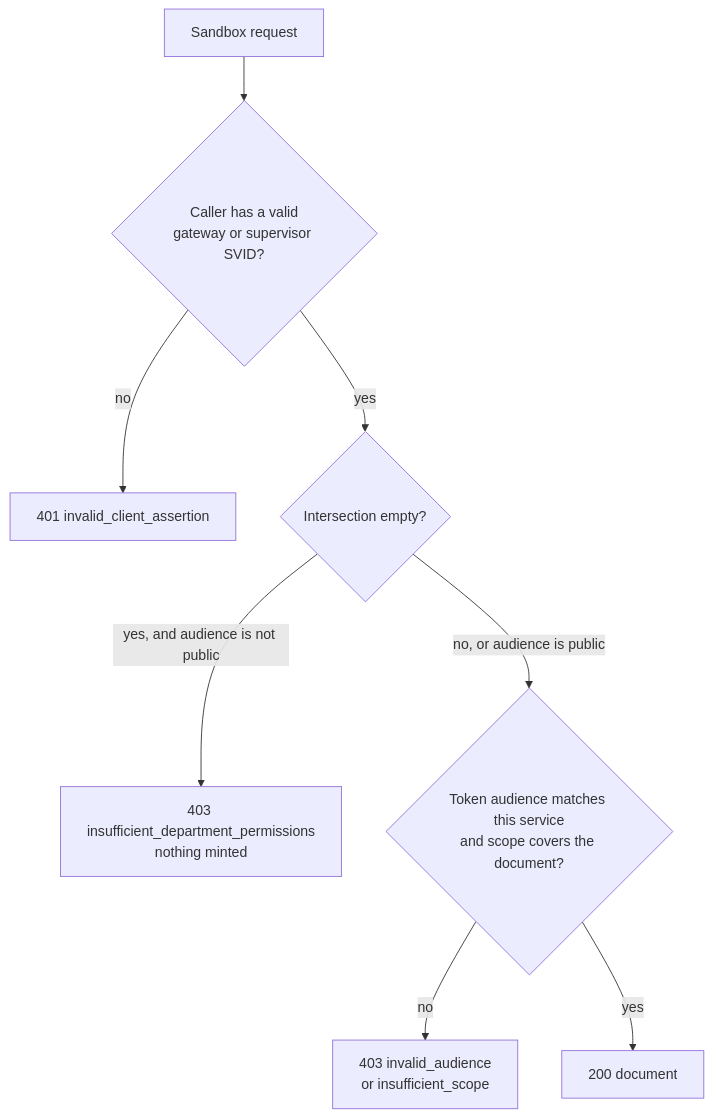
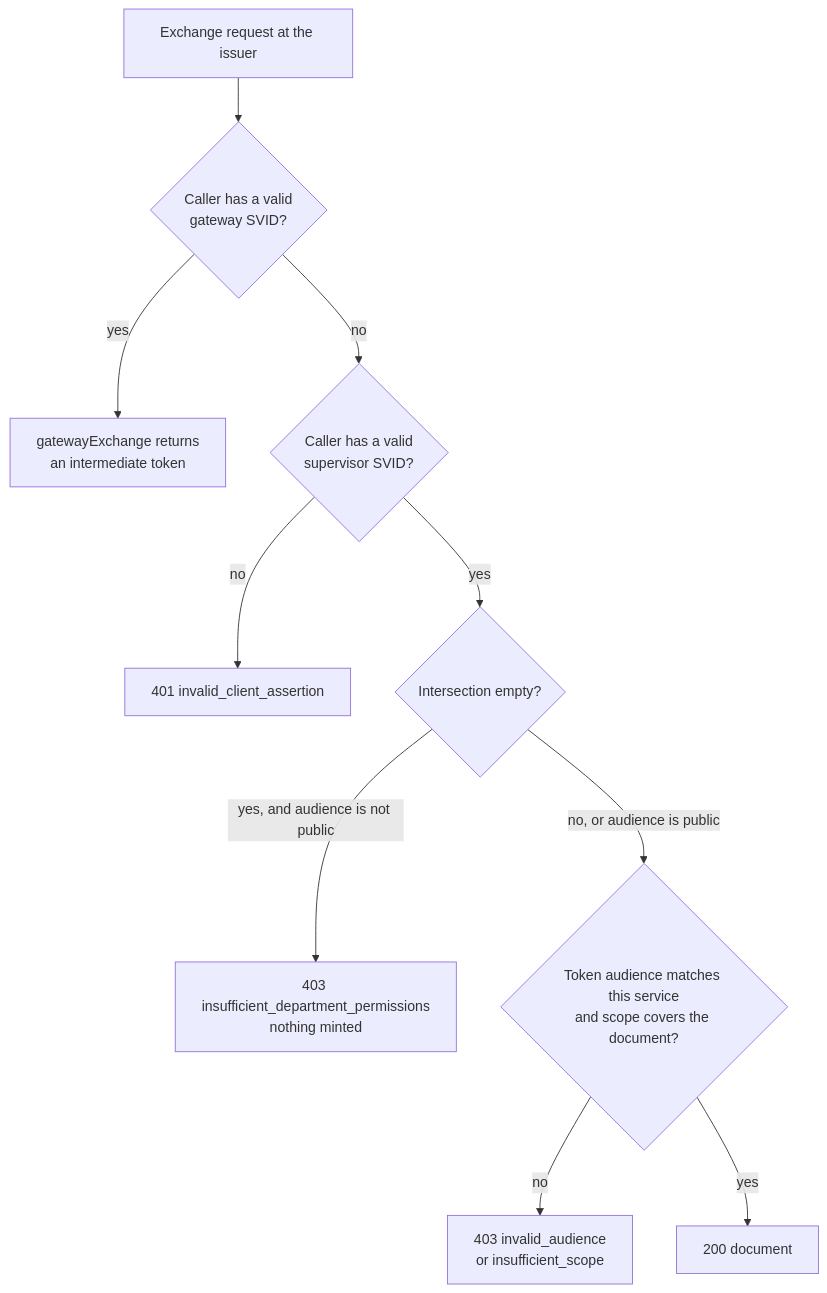
One commit to redhat-et/zero-trust-agents-v2 changed the fourth of 4 diagrams in docs/DEMO_WALKTHROUGH.md. Above: the diagram before and after it, drawn with Mermaid. The commit also changed other lines of this file, not shown here.

Commit message:
docs: split gateway and supervisor branches in decision diagram
The gateway exchange mints the intermediate token and does not run the intersection; only the supervisor branch does. Also note the demo_token_use discriminator per branch.

````diff
--- a/docs/DEMO_WALKTHROUGH.md
+++ b/docs/DEMO_WALKTHROUGH.md
@@ -237,10 +237,12 @@
 ```mermaid
 flowchart TD
-    R["Sandbox request"] --> C1{"Caller has a valid<br/>gateway or supervisor SVID?"}
-    C1 -->|"no"| D1["401 invalid_client_assertion"]
-    C1 -->|"yes"| C2{"Intersection empty?"}
+    R["Exchange request at the issuer"] --> C1{"Caller has a valid<br/>gateway SVID?"}
+    C1 -->|"yes"| G1["gatewayExchange returns<br/>an intermediate token"]
+    C1 -->|"no"| C1B{"Caller has a valid<br/>supervisor SVID?"}
+    C1B -->|"no"| D1["401 invalid_client_assertion"]
+    C1B -->|"yes"| C2{"Intersection empty?"}
     C2 -->|"yes, and audience is not public"| D2["403 insufficient_department_permissions<br/>nothing minted"]
     C2 -->|"no, or audience is public"| C3{"Token audience matches this service<br/>and scope covers the document?"}
     C3 -->|"no"| D3["403 invalid_audience<br/>or insufficient_scope"]
     C3 -->|"yes"| OK["200 document"]
 ```
````
